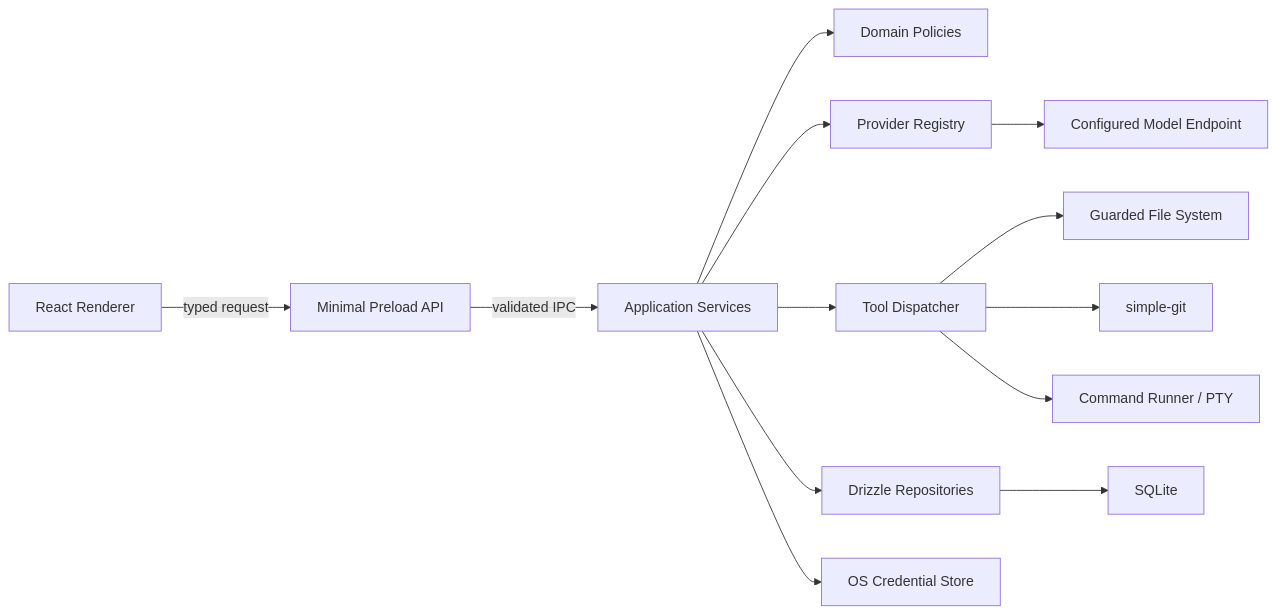
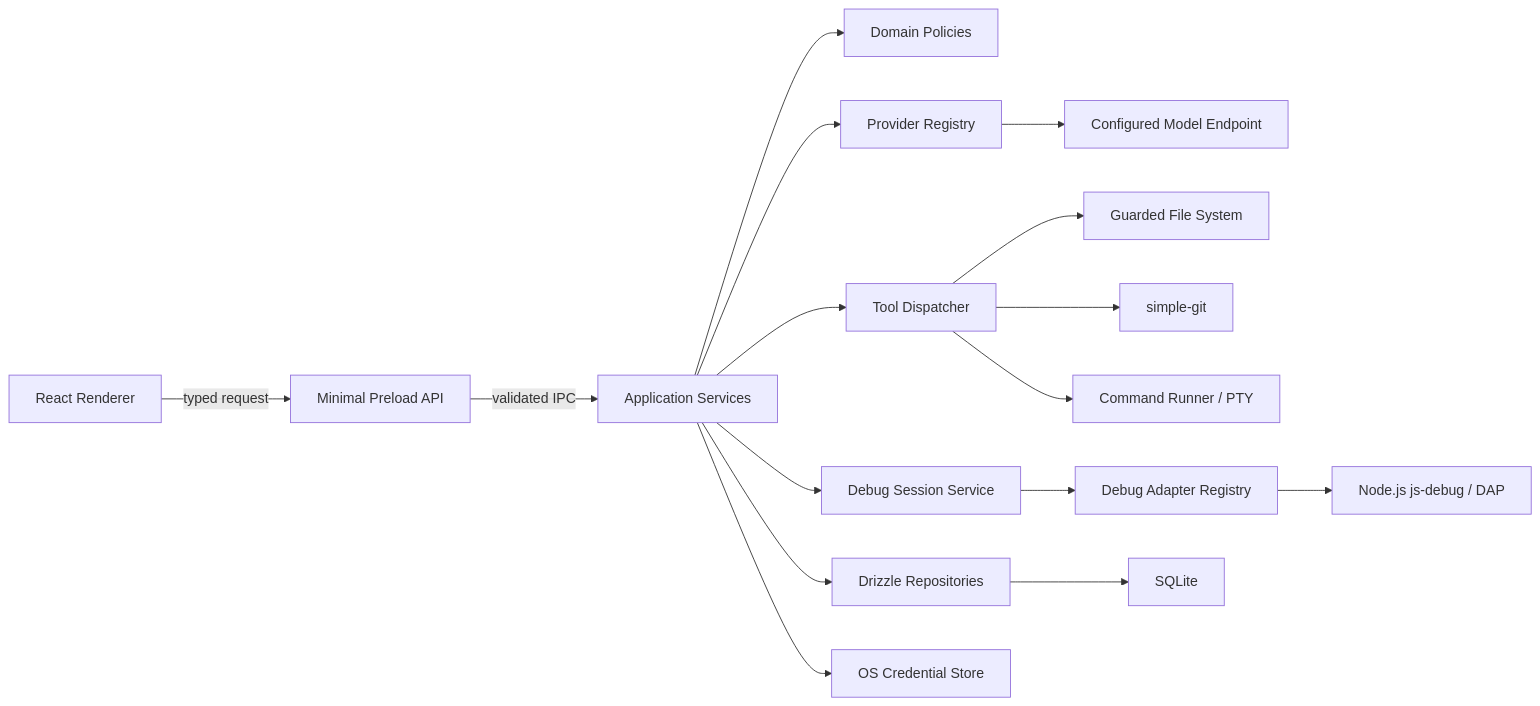
One commit to lianzf/open-code-desk changed the first of 3 diagrams in docs/architecture.md. Above: the diagram before and after it, drawn with Mermaid. The commit also changed other lines of this file and 2 other files, not shown here.

````diff
--- a/docs/architecture.md
+++ b/docs/architecture.md
@@ -115,15 +119,18 @@
 ```mermaid
 flowchart LR
     UI["React Renderer"] -->|typed request| Preload["Minimal Preload API"]
     Preload -->|validated IPC| Main["Application Services"]
     Main --> Domain["Domain Policies"]
     Main --> Provider["Provider Registry"]
     Main --> Tools["Tool Dispatcher"]
+    Main --> Debug["Debug Session Service"]
     Main --> Repos["Drizzle Repositories"]
     Provider --> Network["Configured Model Endpoint"]
     Tools --> FS["Guarded File System"]
     Tools --> Git["simple-git"]
     Tools --> Proc["Command Runner / PTY"]
+    Debug --> Adapter["Debug Adapter Registry"]
+    Adapter --> DAP["Node.js js-debug / DAP"]
     Repos --> SQLite["SQLite"]
     Main --> Secrets["OS Credential Store"]
 ```
````
